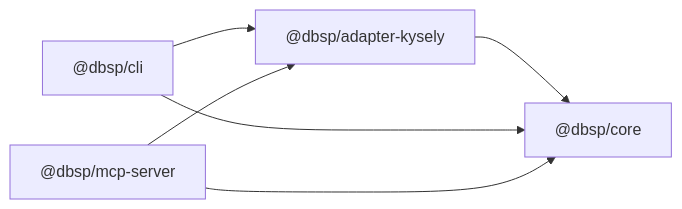
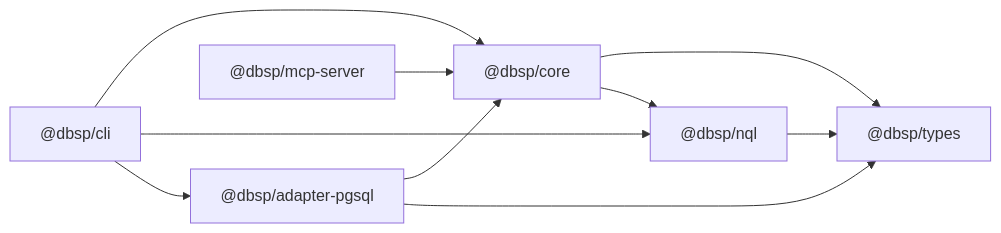
One commit to oorabona/db-semantic-planner changed the third of 4 diagrams in docs/audit/ARCHITECTURE.md. Above: the diagram before and after it, drawn with Mermaid. The commit also changed other lines of this file and 13 other files, not shown here.

````diff
--- a/docs/audit/ARCHITECTURE.md
+++ b/docs/audit/ARCHITECTURE.md
@@ -91,13 +92,19 @@
 ```mermaid
 graph LR
+    Types["@dbsp/types"]
+    NQL["@dbsp/nql"]
     Core["@dbsp/core"]
-    Adapter["@dbsp/adapter-kysely"]
+    Adapter["@dbsp/adapter-pgsql"]
     CLI["@dbsp/cli"]
     MCP["@dbsp/mcp-server"]
 
+    NQL --> Types
+    Core --> Types
+    Core --> NQL
     Adapter --> Core
+    Adapter --> Types
     CLI --> Core
+    CLI --> NQL
     CLI --> Adapter
     MCP --> Core
-    MCP --> Adapter
 ```
````
